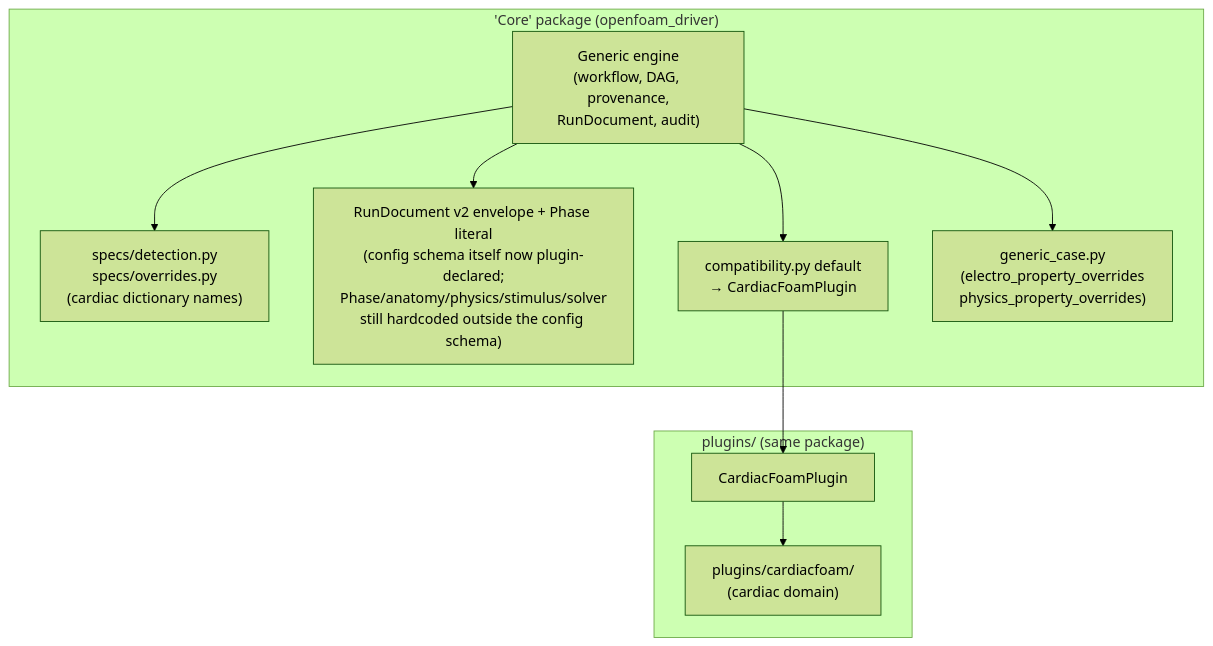
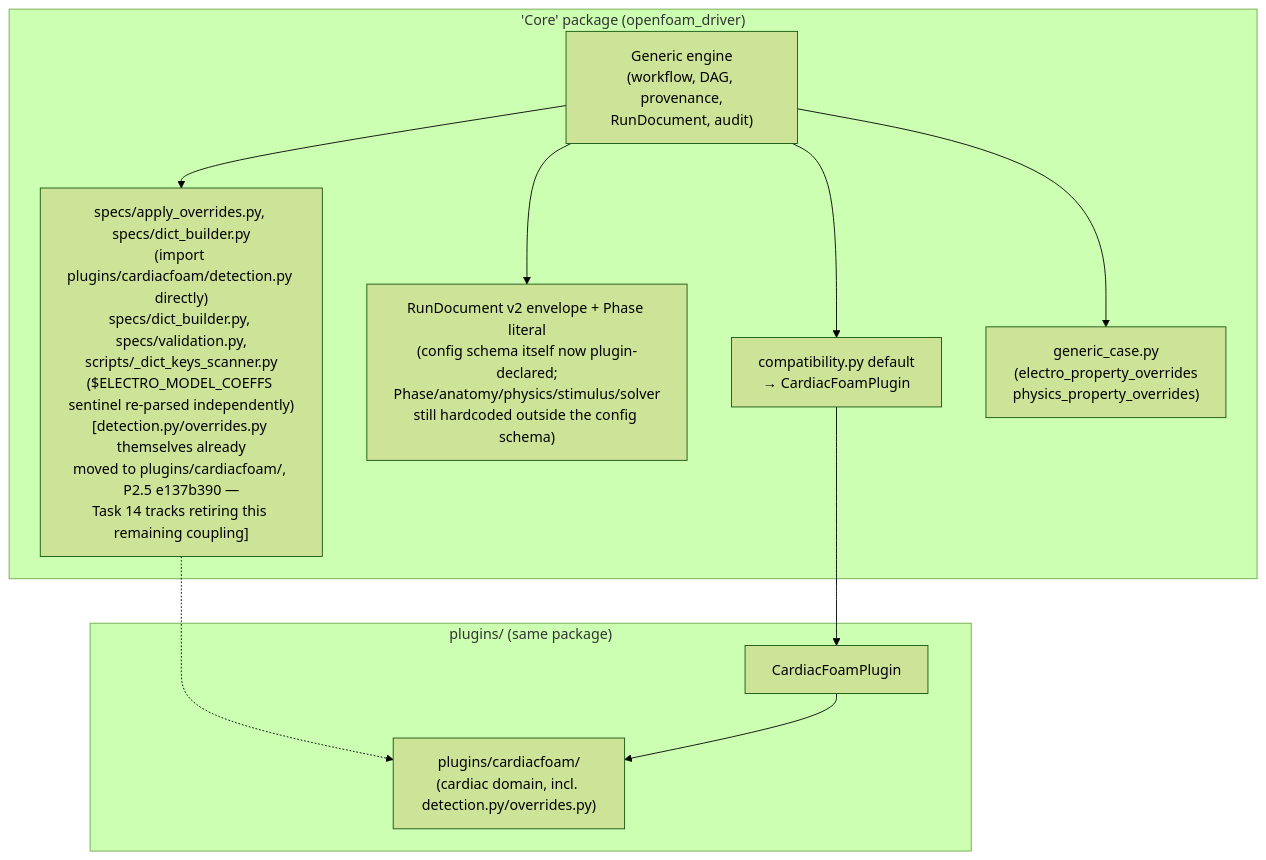
The sixth of 7 diagrams in applications/scripts/driverFoam/ARCHITECTURE.md (solids4foam/cardiacFoam), drawn with Mermaid (forest theme) before and after one commit. The commit also changed other lines of this file, not shown here.

First line of the commit message:
docs(driverfoam): fix ARCHITECTURE.md staleness re detection.py/overrides.py move

````diff
--- a/applications/scripts/driverFoam/ARCHITECTURE.md
+++ b/applications/scripts/driverFoam/ARCHITECTURE.md
@@ -723,22 +723,23 @@
 ```mermaid
 graph TB
     subgraph CurrentCore["'Core' package (openfoam_driver)"]
         GenEngine["Generic engine\n(workflow, DAG, provenance,\nRunDocument, audit)"]
-        CardiacSpecs["specs/detection.py\nspecs/overrides.py\n(cardiac dictionary names)"]
+        CardiacSpecs["specs/apply_overrides.py, specs/dict_builder.py\n(import plugins/cardiacfoam/detection.py directly)\nspecs/dict_builder.py, specs/validation.py,\nscripts/_dict_keys_scanner.py\n($ELECTRO_MODEL_COEFFS sentinel re-parsed independently)\n[detection.py/overrides.py themselves already\nmoved to plugins/cardiacfoam/, P2.5 e137b390 —\nTask 14 tracks retiring this remaining coupling]"]
         CardiacRunDoc["RunDocument v2 envelope + Phase literal\n(config schema itself now plugin-declared;\nPhase/anatomy/physics/stimulus/solver\nstill hardcoded outside the config schema)"]
         CardiacDefault["compatibility.py default\n→ CardiacFoamPlugin"]
         GenericCaseCardiac["generic_case.py\n(electro_property_overrides\nphysics_property_overrides)"]
     end
 
     subgraph PluginsPackage["plugins/ (same package)"]
         CFPlugin["CardiacFoamPlugin"]
-        CFCode["plugins/cardiacfoam/\n(cardiac domain)"]
+        CFCode["plugins/cardiacfoam/\n(cardiac domain, incl. detection.py/overrides.py)"]
     end
 
     GenEngine --> CardiacSpecs
     GenEngine --> CardiacRunDoc
     GenEngine --> CardiacDefault
     GenEngine --> GenericCaseCardiac
+    CardiacSpecs -.-> CFCode
     CardiacDefault --> CFPlugin
     CFPlugin --> CFCode
 ```
````
